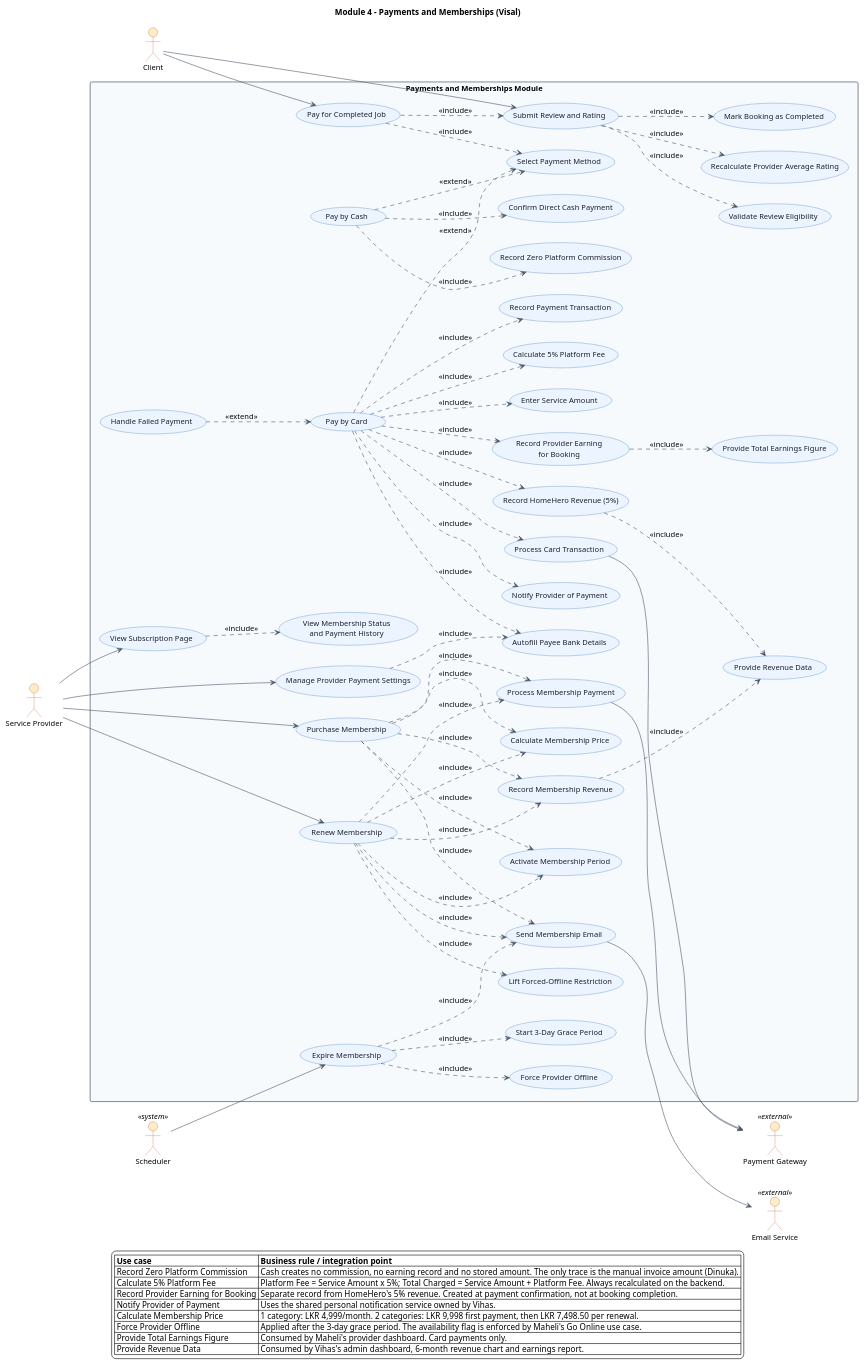
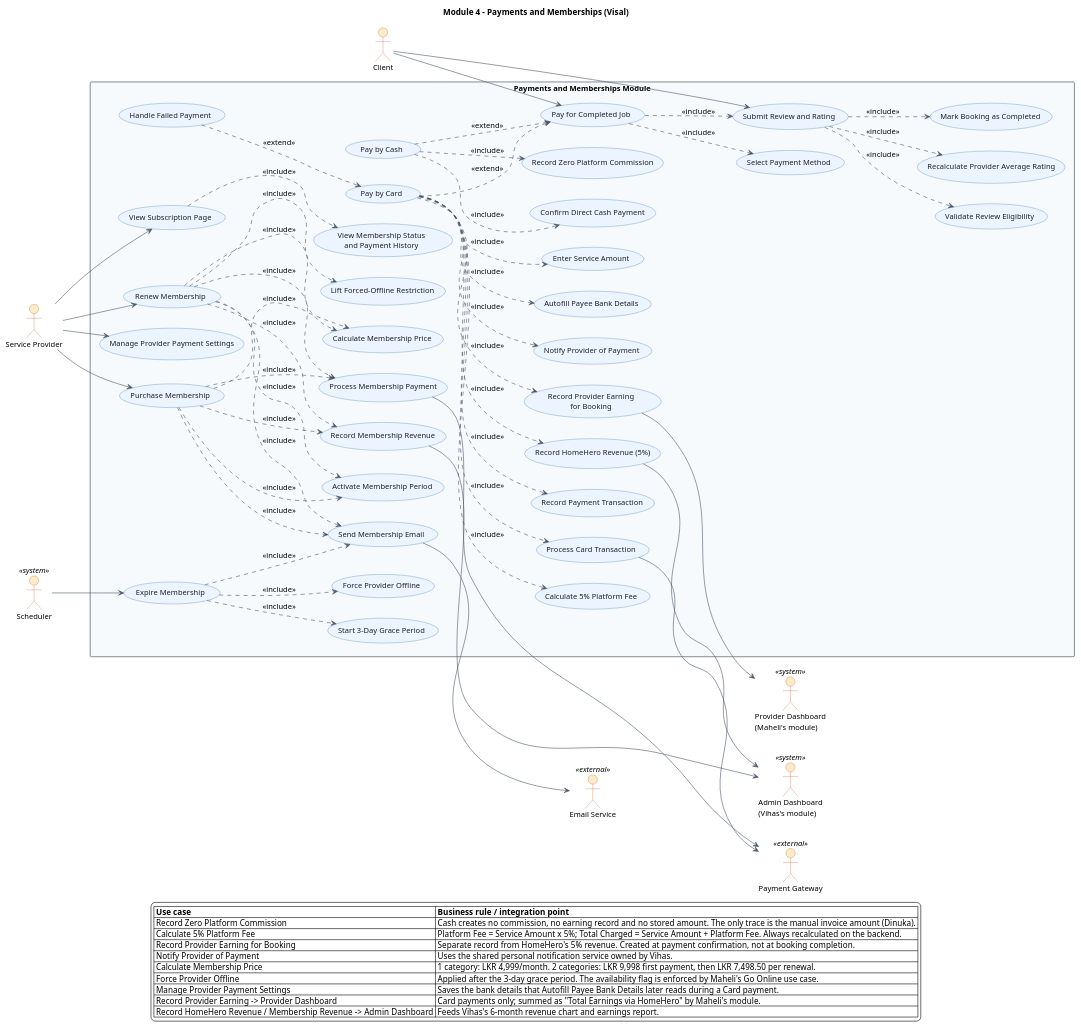
Before and after one commit to visal2057/homeHeroVersion5.0: the diagram in docs/uml/use-cases/04-visal-payments-memberships.puml, drawn with PlantUML. The commit also changed 9 other files, not shown here.

```diff
--- a/docs/uml/use-cases/04-visal-payments-memberships.puml
+++ b/docs/uml/use-cases/04-visal-payments-memberships.puml
@@ -1,155 +1,159 @@
 @startuml Module4-Payments-Memberships
 ' ============================================================
 ' Module 4 - Payments and Memberships
 ' Owner: Visal
 ' Ref: System Flow v4 - Sections 18, 22.1, 23.3, 28, 29.4, 35.1
 ' ============================================================
 
 left to right direction
 skinparam backgroundColor #FFFFFF
 skinparam shadowing false
 skinparam ArrowColor #4A5568
 skinparam defaultFontName Segoe UI
 skinparam defaultFontSize 13
 skinparam usecase {
   BackgroundColor #EBF4FF
   BorderColor #2B6CB0
   FontColor #1A202C
 }
 skinparam rectangle {
   BackgroundColor #F7FAFC
   BorderColor #2D3748
   FontStyle bold
 }
 skinparam actor {
   BackgroundColor #FEEBC8
   BorderColor #C05621
 }
 
 title Module 4 - Payments and Memberships (Visal)
 
 actor "Client" as CLI
 actor "Service Provider" as SP
 actor "Payment Gateway" as PG <<external>>
 actor "Scheduler" as SCH <<system>>
 actor "Email Service" as MAIL <<external>>
+actor "Provider Dashboard\n(Maheli's module)" as DASH <<system>>
+actor "Admin Dashboard\n(Vihas's module)" as ADMIN <<system>>
 
 rectangle "Payments and Memberships Module" {
 
   ' ---------- Job payment ----------
   usecase "Pay for Completed Job" as UC1
   usecase "Select Payment Method" as UC2
   usecase "Pay by Cash" as UC3
   usecase "Confirm Direct Cash Payment" as UC4
   usecase "Record Zero Platform Commission" as UC5
   usecase "Pay by Card" as UC6
   usecase "Autofill Payee Bank Details" as UC7
   usecase "Enter Service Amount" as UC8
   usecase "Calculate 5% Platform Fee" as UC9
   usecase "Process Card Transaction" as UC10
   usecase "Record Payment Transaction" as UC11
   usecase "Record HomeHero Revenue (5%)" as UC12
   usecase "Record Provider Earning\nfor Booking" as UC13
   usecase "Notify Provider of Payment" as UC14
   usecase "Handle Failed Payment" as UC15
 
   ' ---------- Review ----------
   usecase "Submit Review and Rating" as UC16
   usecase "Validate Review Eligibility" as UC17
   usecase "Recalculate Provider Average Rating" as UC18
   usecase "Mark Booking as Completed" as UC19
 
   ' ---------- Membership ----------
   usecase "View Subscription Page" as UC20
   usecase "View Membership Status\nand Payment History" as UC21
   usecase "Purchase Membership" as UC22
   usecase "Renew Membership" as UC23
   usecase "Calculate Membership Price" as UC24
   usecase "Process Membership Payment" as UC25
   usecase "Record Membership Revenue" as UC26
   usecase "Activate Membership Period" as UC27
   usecase "Send Membership Email" as UC28
 
   usecase "Expire Membership" as UC29
   usecase "Start 3-Day Grace Period" as UC30
   usecase "Force Provider Offline" as UC31
   usecase "Lift Forced-Offline Restriction" as UC32
 
-  ' ---------- Payment settings / reporting ----------
+  ' ---------- Payment settings ----------
   usecase "Manage Provider Payment Settings" as UC33
-  usecase "Provide Total Earnings Figure" as UC34
-  usecase "Provide Revenue Data" as UC35
 }
 
 ' --- Actor associations -------------------------------------
 CLI --> UC1
 CLI --> UC16
 SP  --> UC20
 SP  --> UC22
 SP  --> UC23
 SP  --> UC33
 SCH --> UC29
 UC10 --> PG
 UC25 --> PG
 UC28 --> MAIL
 
 ' --- Job payment flow ---------------------------------------
+' Cash and Card are alternative ways of performing the payment, so they
+' extend the payment use case itself - not the method-selection step.
 UC1 ..> UC2 : <<include>>
-UC3 ..> UC2 : <<extend>>
-UC6 ..> UC2 : <<extend>>
+UC3 ..> UC1 : <<extend>>
+UC6 ..> UC1 : <<extend>>
 
 UC3 ..> UC4 : <<include>>
 UC3 ..> UC5 : <<include>>
 
 UC6 ..> UC7  : <<include>>
 UC6 ..> UC8  : <<include>>
 UC6 ..> UC9  : <<include>>
 UC6 ..> UC10 : <<include>>
 UC6 ..> UC11 : <<include>>
 UC6 ..> UC12 : <<include>>
 UC6 ..> UC13 : <<include>>
 UC6 ..> UC14 : <<include>>
 UC15 ..> UC6 : <<extend>>
 
 UC1 ..> UC16 : <<include>>
 UC16 ..> UC17 : <<include>>
 UC16 ..> UC18 : <<include>>
 UC16 ..> UC19 : <<include>>
 
 ' --- Membership flow ----------------------------------------
 UC20 ..> UC21 : <<include>>
 UC22 ..> UC24 : <<include>>
 UC22 ..> UC25 : <<include>>
 UC22 ..> UC26 : <<include>>
 UC22 ..> UC27 : <<include>>
 UC22 ..> UC28 : <<include>>
 UC23 ..> UC24 : <<include>>
 UC23 ..> UC25 : <<include>>
 UC23 ..> UC26 : <<include>>
 UC23 ..> UC27 : <<include>>
 UC23 ..> UC28 : <<include>>
 UC23 ..> UC32 : <<include>>
 
 UC29 ..> UC30 : <<include>>
 UC29 ..> UC31 : <<include>>
 UC29 ..> UC28 : <<include>>
 
-' --- Outbound data services ---------------------------------
-UC13 ..> UC34 : <<include>>
-UC12 ..> UC35 : <<include>>
-UC26 ..> UC35 : <<include>>
-UC33 ..> UC7  : <<include>>
+' --- Outbound data supplied to other members' modules --------
+' These are associations to secondary (system) actors, not use cases:
+' this module records the figures, the other modules display them.
+UC13 --> DASH
+UC12 --> ADMIN
+UC26 --> ADMIN
 
 legend bottom
   |= Use case |= Business rule / integration point |
   | Record Zero Platform Commission | Cash creates no commission, no earning record and no stored amount. The only trace is the manual invoice amount (Dinuka). |
   | Calculate 5% Platform Fee | Platform Fee = Service Amount x 5%; Total Charged = Service Amount + Platform Fee. Always recalculated on the backend. |
   | Record Provider Earning for Booking | Separate record from HomeHero's 5% revenue. Created at payment confirmation, not at booking completion. |
   | Notify Provider of Payment | Uses the shared personal notification service owned by Vihas. |
   | Calculate Membership Price | 1 category: LKR 4,999/month. 2 categories: LKR 9,998 first payment, then LKR 7,498.50 per renewal. |
   | Force Provider Offline | Applied after the 3-day grace period. The availability flag is enforced by Maheli's Go Online use case. |
-  | Provide Total Earnings Figure | Consumed by Maheli's provider dashboard. Card payments only. |
-  | Provide Revenue Data | Consumed by Vihas's admin dashboard, 6-month revenue chart and earnings report. |
+  | Manage Provider Payment Settings | Saves the bank details that Autofill Payee Bank Details later reads during a Card payment. |
+  | Record Provider Earning -> Provider Dashboard | Card payments only; summed as "Total Earnings via HomeHero" by Maheli's module. |
+  | Record HomeHero Revenue / Membership Revenue -> Admin Dashboard | Feeds Vihas's 6-month revenue chart and earnings report. |
 endlegend
 
 @enduml
```
